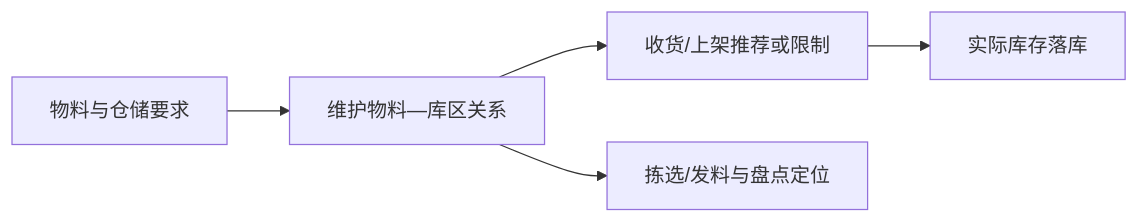
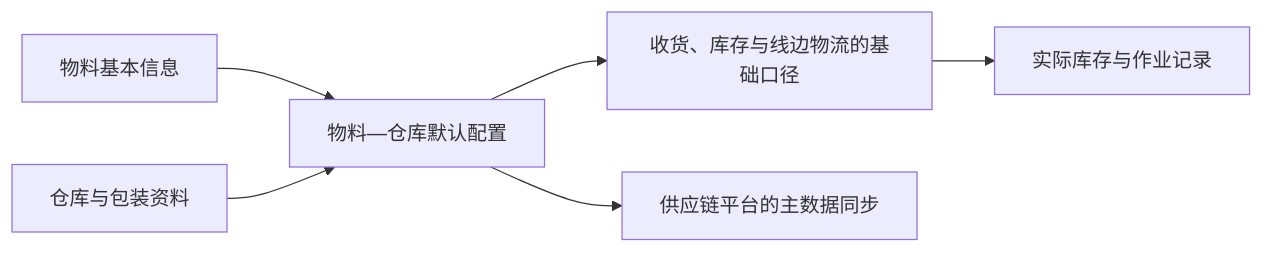
One commit to jiargcn/MomProductDocument changed the diagram in docs/04-DBC-主数据管理/01-物料管理/05-物料库区配置管理.md. Above: the diagram before and after it, drawn with Mermaid. The commit also changed other lines of this file and 9 other files, not shown here.

````diff
--- a/docs/04-DBC-主数据管理/01-物料管理/05-物料库区配置管理.md
+++ b/docs/04-DBC-主数据管理/01-物料管理/05-物料库区配置管理.md
@@ -16,7 +24,8 @@
 ```mermaid
 flowchart LR
-    A["物料与仓储要求"] --> B["维护物料—库区关系"]
-    B --> C["收货/上架推荐或限制"]
-    B --> D["拣选/发料与盘点定位"]
-    C --> E["实际库存落库"]
+    A["物料基本信息"] --> C["物料—仓库默认配置"]
+    B["仓库与包装资料"] --> C
+    C --> D["收货、库存与线边物流的基础口径"]
+    C --> E["供应链平台的主数据同步"]
+    D --> F["实际库存与作业记录"]
 ```
````
